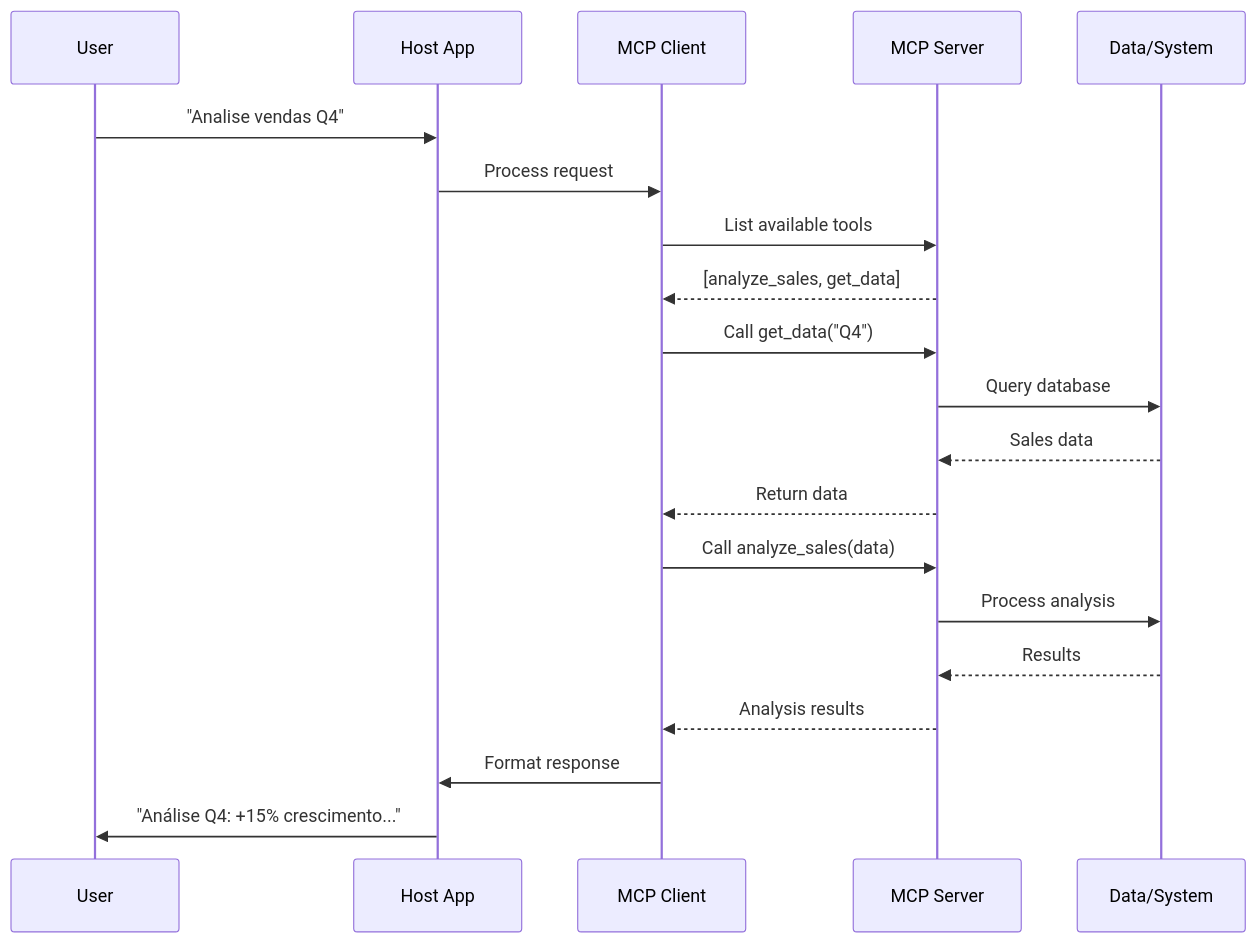
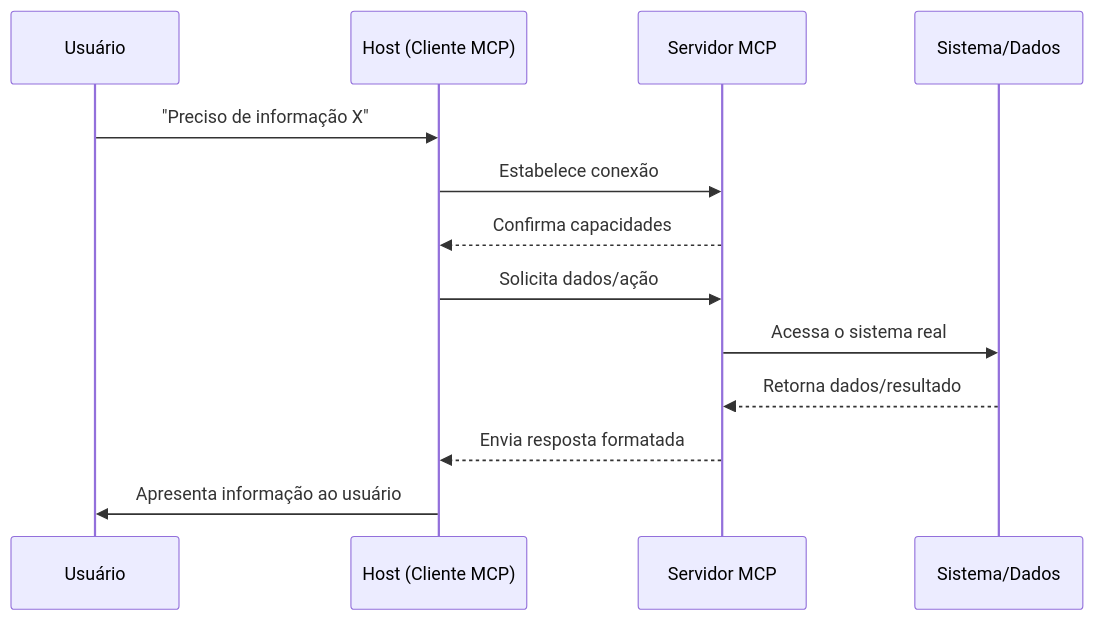
Diagram 15 of 19 in AI/Comunicação/MCP/00-mcp-presentation-zero to hero.md (felipepimentel/my-public-notes), drawn with Mermaid before and after one commit. The commit also changed other lines of this file, not shown here.

````diff
--- a/AI/Comunicação/MCP/00-mcp-presentation-zero to hero.md
+++ b/AI/Comunicação/MCP/00-mcp-presentation-zero to hero.md
@@ -556,26 +341,15 @@
 ```mermaid
 sequenceDiagram
-    participant U as User
-    participant H as Host App
-    participant C as MCP Client
-    participant S as MCP Server
-    participant D as Data/System
-    
-    U->>H: "Analise vendas Q4"
-    H->>C: Process request
-    C->>S: List available tools
-    S-->>C: [analyze_sales, get_data]
-    
-    C->>S: Call get_data("Q4")
-    S->>D: Query database
-    D-->>S: Sales data
-    S-->>C: Return data
-    
-    C->>S: Call analyze_sales(data)
-    S->>D: Process analysis
-    D-->>S: Results
-    S-->>C: Analysis results
-    
-    C->>H: Format response
-    H->>U: "Análise Q4: +15% crescimento..."
+    participant U as Usuário
+    participant H as Host (Cliente MCP)
+    participant S as Servidor MCP
+    participant D as Sistema/Dados
+    U->>H: "Preciso de informação X"
+    H->>S: Estabelece conexão
+    S-->>H: Confirma capacidades
+    H->>S: Solicita dados/ação
+    S->>D: Acessa o sistema real
+    D-->>S: Retorna dados/resultado
+    S-->>H: Envia resposta formatada
+    H->>U: Apresenta informação ao usuário
 ```
````
